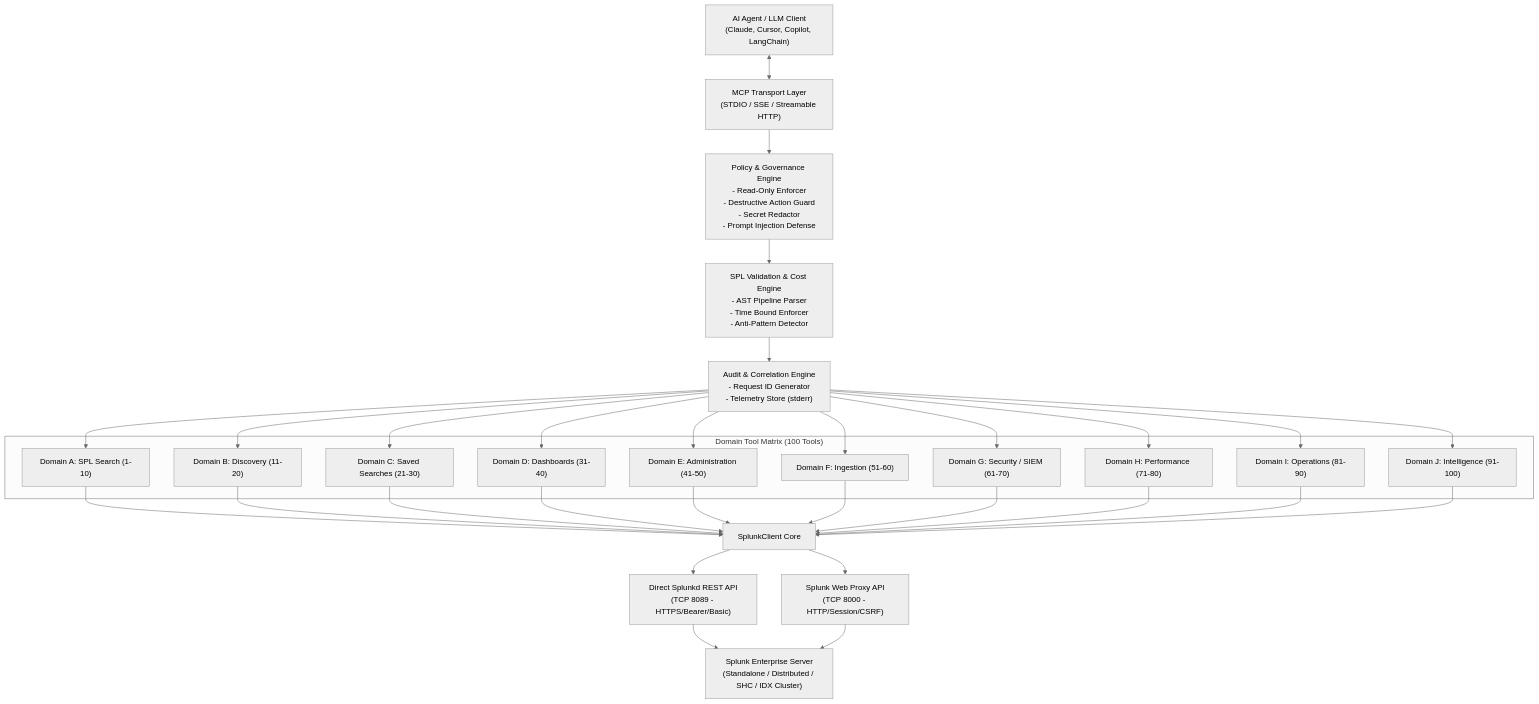
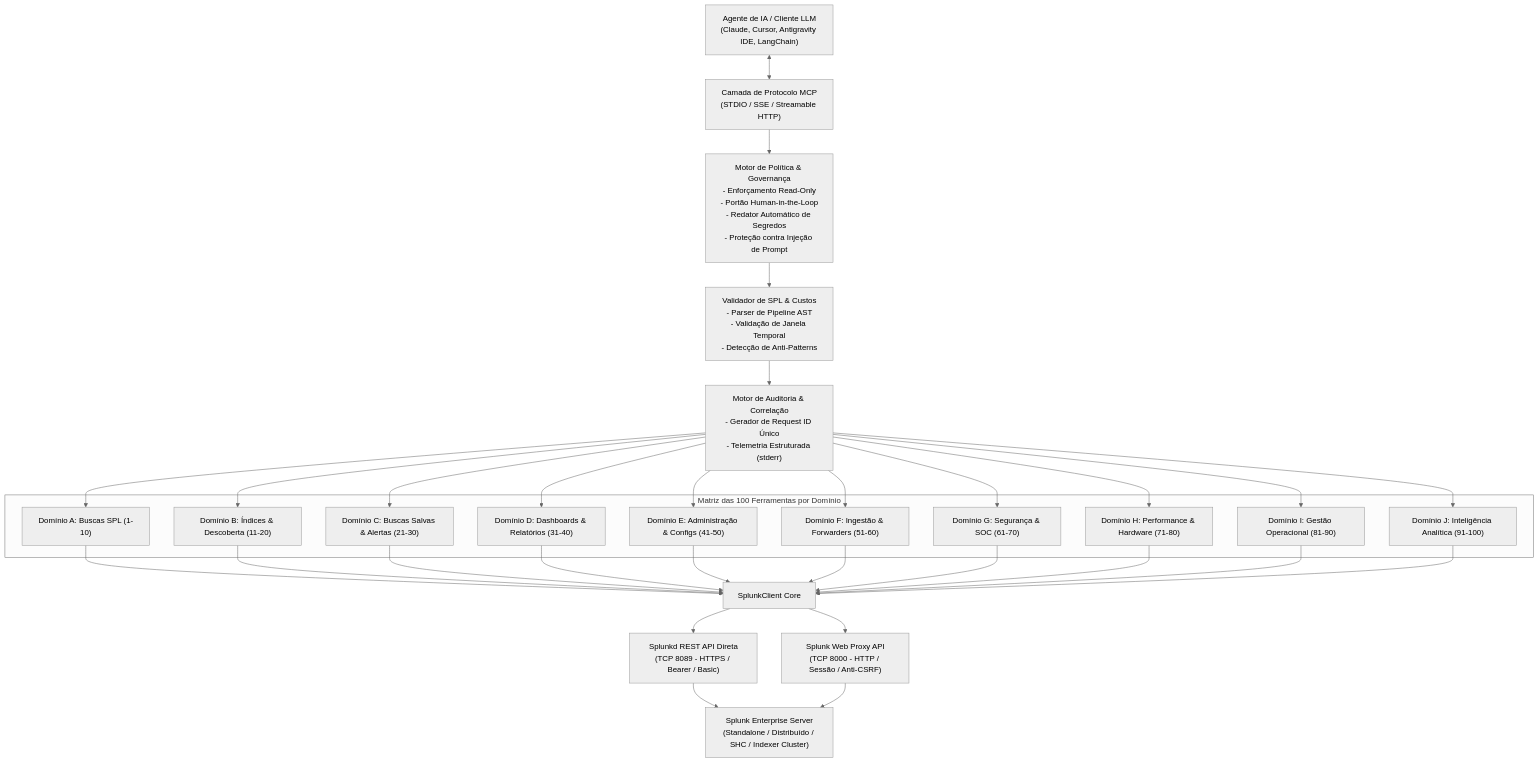
The diagram in docs/architecture.md (nks1097/Splunk_Enterprice_MCP), drawn with Mermaid (neutral theme) before and after one commit. The commit also changed other lines of this file and 5 other files, not shown here.

````diff
--- a/docs/architecture.md
+++ b/docs/architecture.md
@@ -7,35 +7,35 @@
 ```mermaid
 graph TD
-    LLM["AI Agent / LLM Client\n(Claude, Cursor, Copilot, LangChain)"]
-    MCP_STDIO["MCP Transport Layer\n(STDIO / SSE / Streamable HTTP)"]
-    GOV["Policy & Governance Engine\n- Read-Only Enforcer\n- Destructive Action Guard\n- Secret Redactor\n- Prompt Injection Defense"]
-    VAL["SPL Validation & Cost Engine\n- AST Pipeline Parser\n- Time Bound Enforcer\n- Anti-Pattern Detector"]
-    AUDIT["Audit & Correlation Engine\n- Request ID Generator\n- Telemetry Store (stderr)"]
+    LLM["Agente de IA / Cliente LLM\n(Claude, Cursor, Antigravity IDE, LangChain)"]
+    MCP_STDIO["Camada de Protocolo MCP\n(STDIO / SSE / Streamable HTTP)"]
+    GOV["Motor de Política & Governança\n- Enforçamento Read-Only\n- Portão Human-in-the-Loop\n- Redator Automático de Segredos\n- Proteção contra Injeção de Prompt"]
+    VAL["Validador de SPL & Custos\n- Parser de Pipeline AST\n- Validação de Janela Temporal\n- Detecção de Anti-Patterns"]
+    AUDIT["Motor de Auditoria & Correlação\n- Gerador de Request ID Único\n- Telemetria Estruturada (stderr)"]
     
-    subgraph "Domain Tool Matrix (100 Tools)"
-        DA["Domain A: SPL Search (1-10)"]
-        DB["Domain B: Discovery (11-20)"]
-        DC["Domain C: Saved Searches (21-30)"]
-        DD["Domain D: Dashboards (31-40)"]
-        DE["Domain E: Administration (41-50)"]
-        DF["Domain F: Ingestion (51-60)"]
-        DG["Domain G: Security / SIEM (61-70)"]
-        DH["Domain H: Performance (71-80)"]
-        DI["Domain I: Operations (81-90)"]
-        DJ["Domain J: Intelligence (91-100)"]
+    subgraph "Matriz das 100 Ferramentas por Domínio"
+        DA["Domínio A: Buscas SPL (1-10)"]
+        DB["Domínio B: Índices & Descoberta (11-20)"]
+        DC["Domínio C: Buscas Salvas & Alertas (21-30)"]
+        DD["Domínio D: Dashboards & Relatórios (31-40)"]
+        DE["Domínio E: Administração & Configs (41-50)"]
+        DF["Domínio F: Ingestão & Forwarders (51-60)"]
+        DG["Domínio G: Segurança & SOC (61-70)"]
+        DH["Domínio H: Performance & Hardware (71-80)"]
+        DI["Domínio I: Gestão Operacional (81-90)"]
+        DJ["Domínio J: Inteligência Analítica (91-100)"]
     end
 
     CLIENT["SplunkClient Core"]
-    DIRECT["Direct Splunkd REST API\n(TCP 8089 - HTTPS/Bearer/Basic)"]
-    PROXY["Splunk Web Proxy API\n(TCP 8000 - HTTP/Session/CSRF)"]
-    SPLUNK["Splunk Enterprise Server\n(Standalone / Distributed / SHC / IDX Cluster)"]
+    DIRECT["Splunkd REST API Direta\n(TCP 8089 - HTTPS / Bearer / Basic)"]
+    PROXY["Splunk Web Proxy API\n(TCP 8000 - HTTP / Sessão / Anti-CSRF)"]
+    SPLUNK["Splunk Enterprise Server\n(Standalone / Distribuído / SHC / Indexer Cluster)"]
 
     LLM <--> MCP_STDIO
     MCP_STDIO --> GOV
     GOV --> VAL
     VAL --> AUDIT
     AUDIT --> DA & DB & DC & DD & DE & DF & DG & DH & DI & DJ
     DA & DB & DC & DD & DE & DF & DG & DH & DI & DJ --> CLIENT
     CLIENT --> DIRECT & PROXY
     DIRECT & PROXY --> SPLUNK
 ```
````
